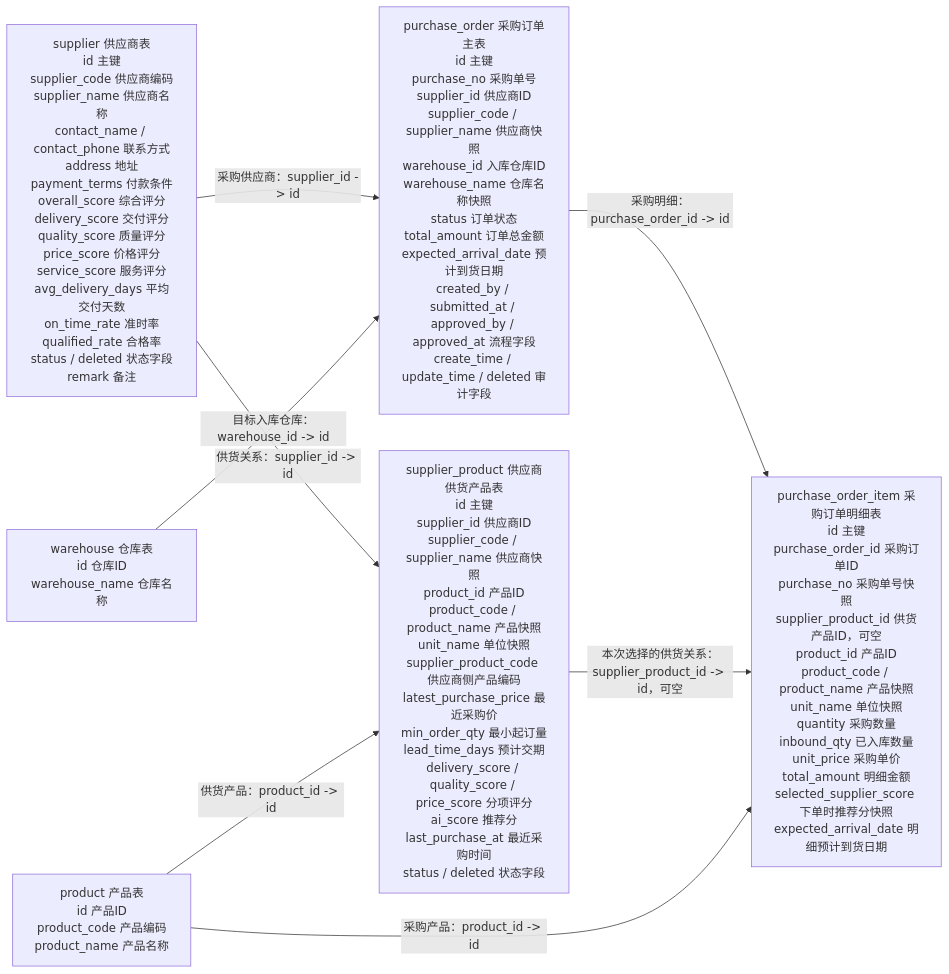
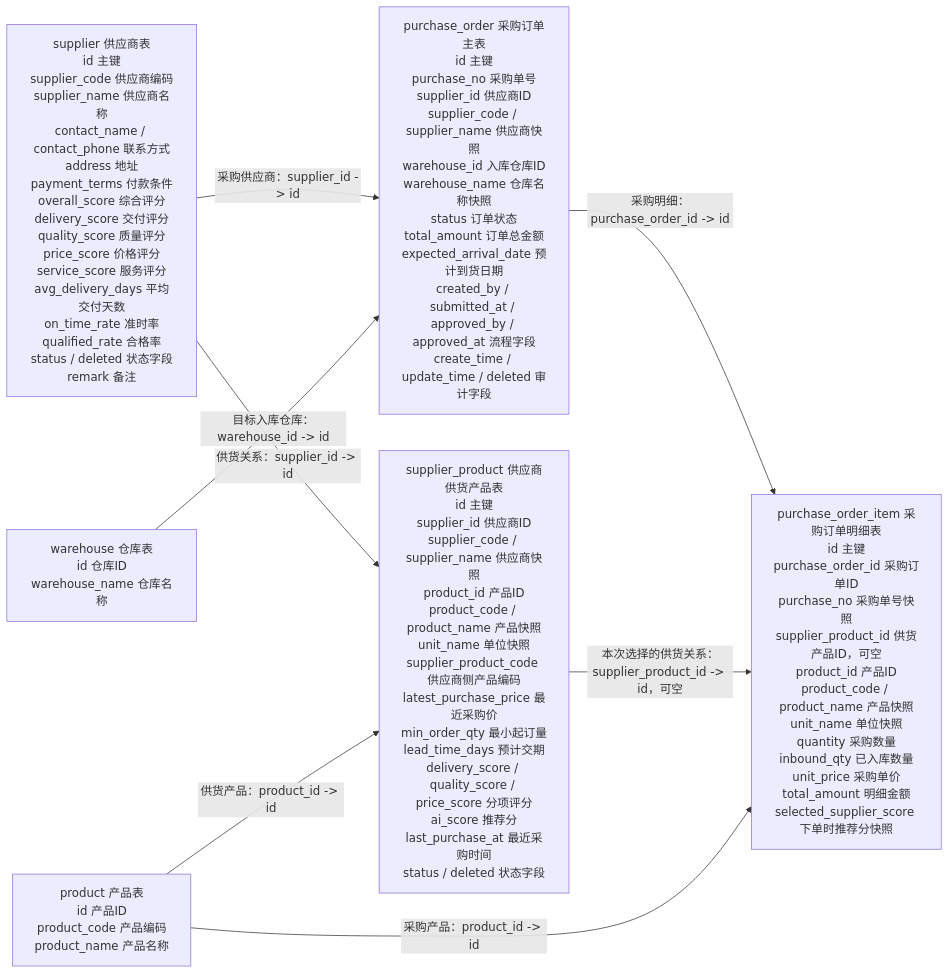
The eighth of 11 diagrams in docs/database/mvp-database-design-overview.md (LI-S-H/qiheng-erp), drawn with Mermaid before and after one commit. The commit also changed other lines of this file and 74 other files, not shown here.

````diff
--- a/docs/database/mvp-database-design-overview.md
+++ b/docs/database/mvp-database-design-overview.md
@@ -711,17 +720,17 @@
 ```mermaid
 flowchart LR
     supplier["supplier 供应商表<br/>id 主键<br/>supplier_code 供应商编码<br/>supplier_name 供应商名称<br/>contact_name / contact_phone 联系方式<br/>address 地址<br/>payment_terms 付款条件<br/>overall_score 综合评分<br/>delivery_score 交付评分<br/>quality_score 质量评分<br/>price_score 价格评分<br/>service_score 服务评分<br/>avg_delivery_days 平均交付天数<br/>on_time_rate 准时率<br/>qualified_rate 合格率<br/>status / deleted 状态字段<br/>remark 备注"]
     supplierProduct["supplier_product 供应商供货产品表<br/>id 主键<br/>supplier_id 供应商ID<br/>supplier_code / supplier_name 供应商快照<br/>product_id 产品ID<br/>product_code / product_name 产品快照<br/>unit_name 单位快照<br/>supplier_product_code 供应商侧产品编码<br/>latest_purchase_price 最近采购价<br/>min_order_qty 最小起订量<br/>lead_time_days 预计交期<br/>delivery_score / quality_score / price_score 分项评分<br/>ai_score 推荐分<br/>last_purchase_at 最近采购时间<br/>status / deleted 状态字段"]
     purchaseOrder["purchase_order 采购订单主表<br/>id 主键<br/>purchase_no 采购单号<br/>supplier_id 供应商ID<br/>supplier_code / supplier_name 供应商快照<br/>warehouse_id 入库仓库ID<br/>warehouse_name 仓库名称快照<br/>status 订单状态<br/>total_amount 订单总金额<br/>expected_arrival_date 预计到货日期<br/>created_by / submitted_at / approved_by / approved_at 流程字段<br/>create_time / update_time / deleted 审计字段"]
-    purchaseItem["purchase_order_item 采购订单明细表<br/>id 主键<br/>purchase_order_id 采购订单ID<br/>purchase_no 采购单号快照<br/>supplier_product_id 供货产品ID，可空<br/>product_id 产品ID<br/>product_code / product_name 产品快照<br/>unit_name 单位快照<br/>quantity 采购数量<br/>inbound_qty 已入库数量<br/>unit_price 采购单价<br/>total_amount 明细金额<br/>selected_supplier_score 下单时推荐分快照<br/>expected_arrival_date 明细预计到货日期"]
+    purchaseItem["purchase_order_item 采购订单明细表<br/>id 主键<br/>purchase_order_id 采购订单ID<br/>purchase_no 采购单号快照<br/>supplier_product_id 供货产品ID，可空<br/>product_id 产品ID<br/>product_code / product_name 产品快照<br/>unit_name 单位快照<br/>quantity 采购数量<br/>inbound_qty 已入库数量<br/>unit_price 采购单价<br/>total_amount 明细金额<br/>selected_supplier_score 下单时推荐分快照"]
     productRef["product 产品表<br/>id 产品ID<br/>product_code 产品编码<br/>product_name 产品名称"]
     warehouseRef["warehouse 仓库表<br/>id 仓库ID<br/>warehouse_name 仓库名称"]
 
     supplier -->|"供货关系：supplier_id -> id"| supplierProduct
     productRef -->|"供货产品：product_id -> id"| supplierProduct
     supplier -->|"采购供应商：supplier_id -> id"| purchaseOrder
     warehouseRef -->|"目标入库仓库：warehouse_id -> id"| purchaseOrder
     purchaseOrder -->|"采购明细：purchase_order_id -> id"| purchaseItem
     supplierProduct -->|"本次选择的供货关系：supplier_product_id -> id，可空"| purchaseItem
     productRef -->|"采购产品：product_id -> id"| purchaseItem
 ```
````
